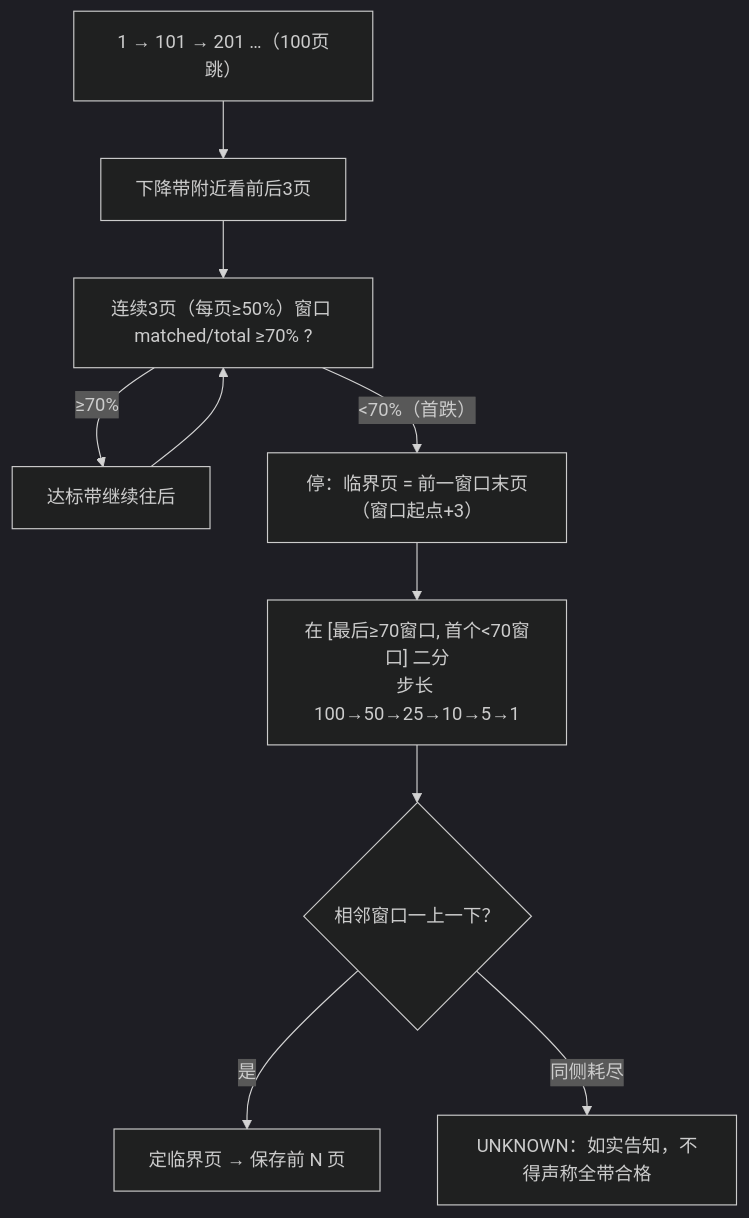
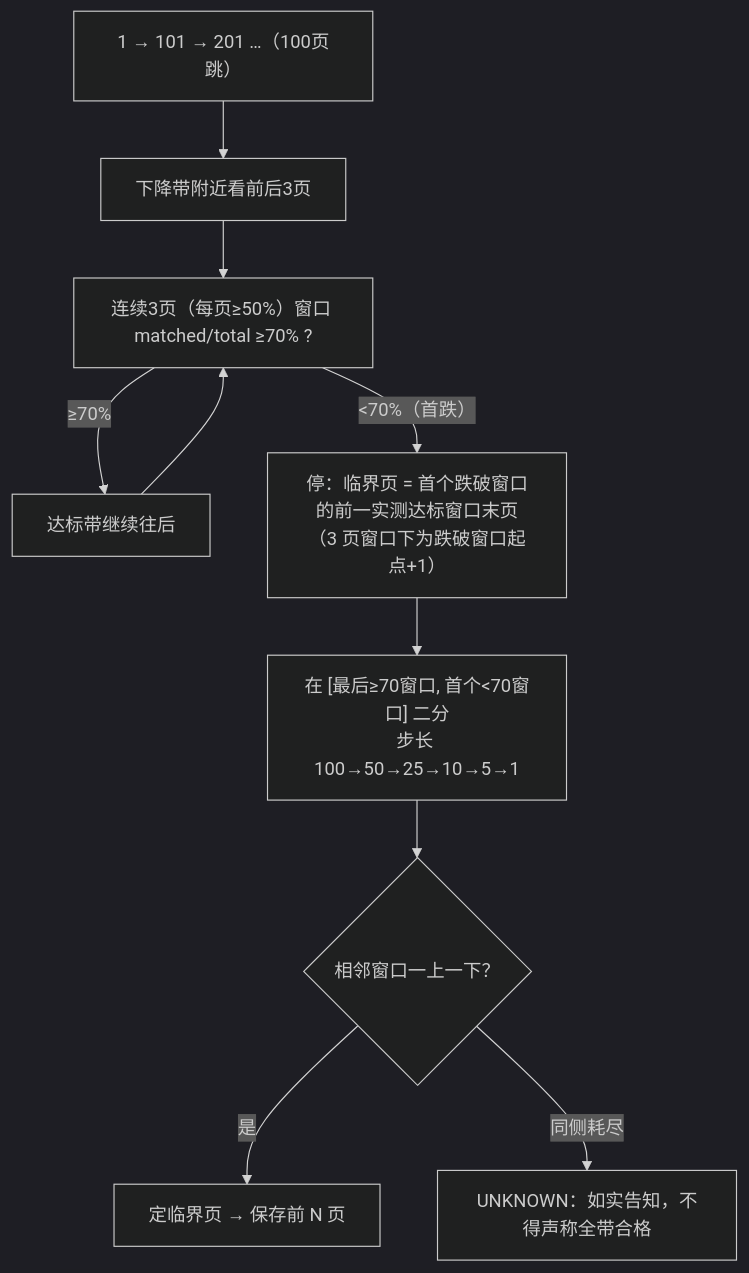
One commit to tony-apan/laifaxin-b2b-sales changed the third of 4 diagrams in specs/step-map.md. Above: the diagram before and after it, drawn with Mermaid (dark theme). The commit also changed other lines of this file and 18 other files, not shown here.

````diff
--- a/specs/step-map.md
+++ b/specs/step-map.md
@@ -131,11 +131,11 @@
 ```mermaid
 flowchart TD
   A["1 → 101 → 201 …（100页跳）"] --> B["下降带附近看前后3页"]
   B --> C["连续3页（每页≥50%）窗口 matched/total ≥70% ?"]
   C -- "≥70%" --> D["达标带继续往后"] --> C
-  C -- "<70%（首跌）" --> E["停：临界页 = 前一窗口末页（窗口起点+3）"]
+  C -- "<70%（首跌）" --> E["停：临界页 = 首个跌破窗口的前一实测达标窗口末页（3 页窗口下为跌破窗口起点+1）"]
   E --> F["在 [最后≥70窗口, 首个<70窗口] 二分<br/>步长 100→50→25→10→5→1"]
   F --> G{"相邻窗口一上一下？"}
   G -- "是" --> H["定临界页 → 保存前 N 页"]
   G -- "同侧耗尽" --> I["UNKNOWN：如实告知，不得声称全带合格"]
 ```
````
